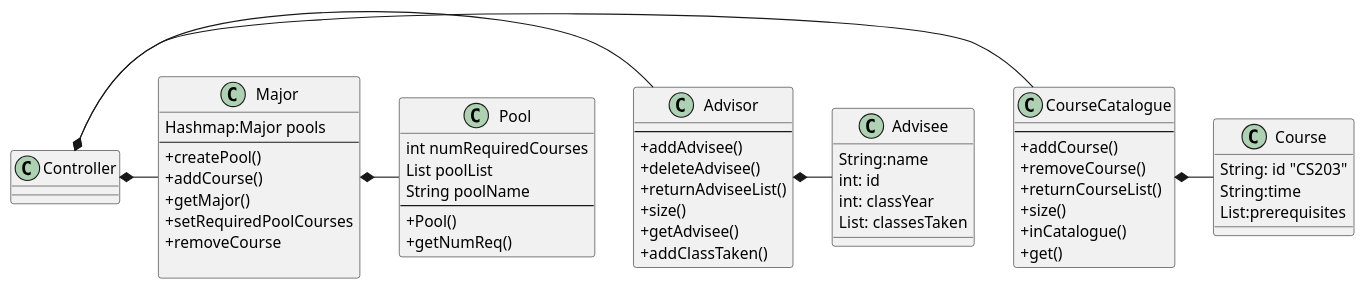
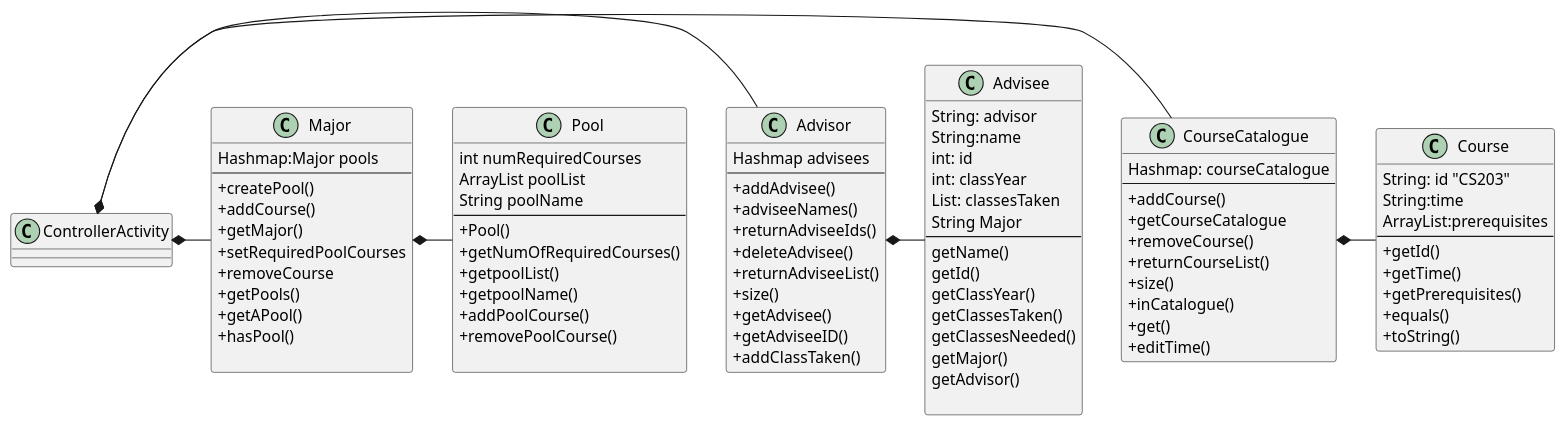
One commit to Jofosu/professor-student-advising-app changed the diagram in IntelliJ/Doc/class-diagram.puml. Above: the diagram before and after it, drawn with PlantUML. The commit also changed 1 other file, not shown here.

Commit message:
update class diagram

```diff
--- a/IntelliJ/Doc/class-diagram.puml
+++ b/IntelliJ/Doc/class-diagram.puml
@@ -1,67 +1,98 @@
 @startuml
 skinparam classAttributeIconSize 0
 
 class CourseCatalogue{
+Hashmap: courseCatalogue
 --
 +addCourse()
++getCourseCatalogue
 +removeCourse()
 +returnCourseList()
 +size()
 +inCatalogue()
 +get()
++editTime()
 }
 
 class Course{
 String: id "CS203"
 String:time
-List:prerequisites
+ArrayList:prerequisites
+--
++getId()
++getTime()
++getPrerequisites()
++equals()
++toString()
 }
 
 class Advisor{
+Hashmap advisees
 --
 +addAdvisee()
++adviseeNames()
++returnAdviseeIds()
 +deleteAdvisee()
 +returnAdviseeList()
 +size()
 +getAdvisee()
++getAdviseeID()
 +addClassTaken()
 }
 
 class Advisee{
+String: advisor
 String:name
 int: id
 int: classYear
 List: classesTaken
+String Major
+--
+getName()
+getId()
+getClassYear()
+getClassesTaken()
+getClassesNeeded()
+getMajor()
+getAdvisor()
 
 }
 
 class Major{
 Hashmap:Major pools
 --
 +createPool()
 +addCourse()
 +getMajor()
 +setRequiredPoolCourses
 +removeCourse
++getPools()
++getAPool()
++hasPool()
 
 }
 class Pool{
 int numRequiredCourses
-List poolList
+ArrayList poolList
 String poolName
 --
 +Pool()
-+getNumReq()
++getNumOfRequiredCourses()
++getpoolList()
++getpoolName()
++addPoolCourse()
++removePoolCourse()
+
 }
 
-class Controller{
+class ControllerActivity{
 
 }
 
 CourseCatalogue *- Course
 Advisor *- Advisee
-Controller *- CourseCatalogue
-Controller *- Advisor
+ControllerActivity *- CourseCatalogue
+ControllerActivity *- Advisor
 Major *- Pool
-Controller *- Major
+ControllerActivity *- Major
 @enduml
```
